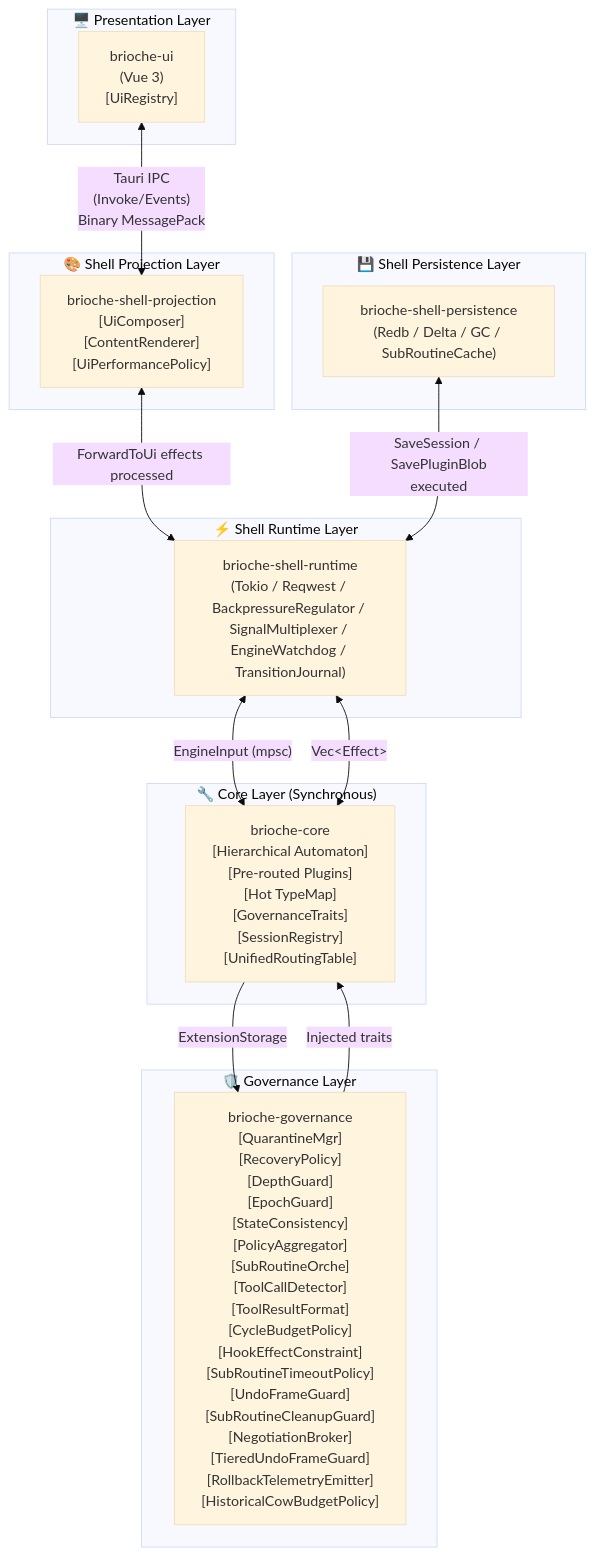
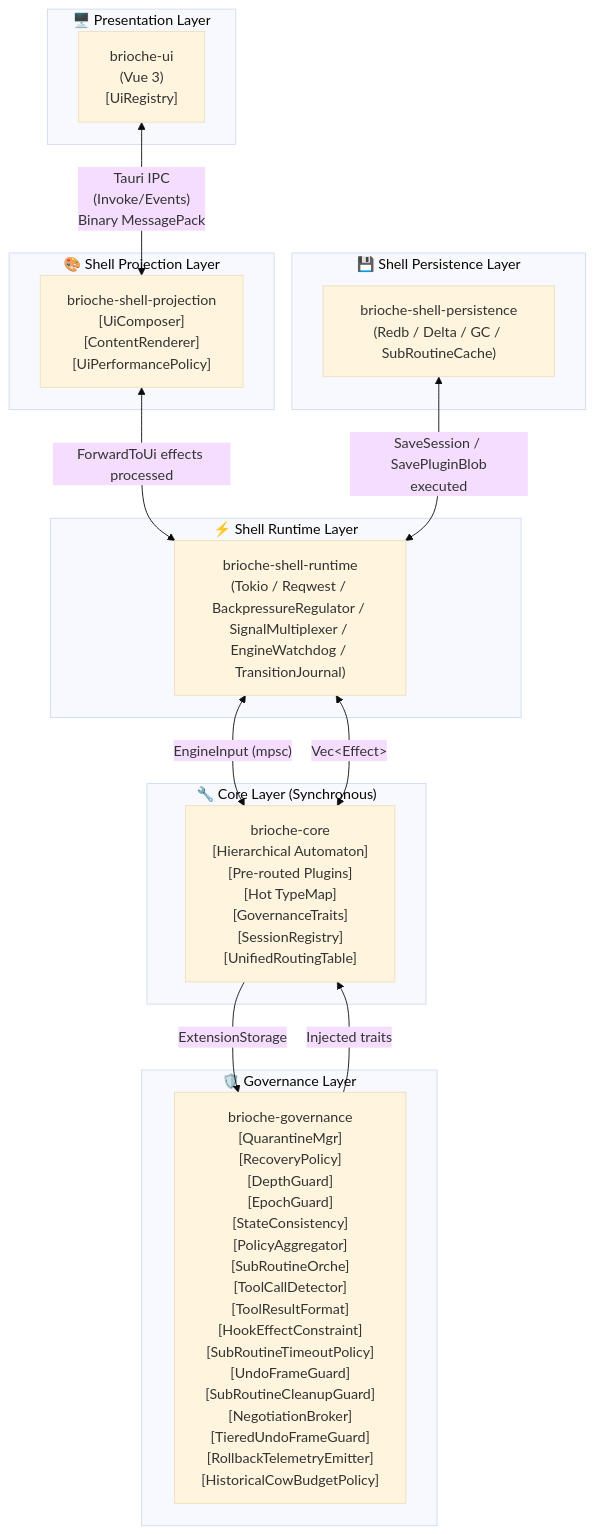
Before and after one commit to brio-labs/brioche: the first of 3 diagrams in SPECS.md, drawn with Mermaid (base theme). The commit also changed other lines of this file and 15 other files, not shown here.

First line of the commit message:
feat(governance): implement Sprint 7 — COW rollback + optional traits (#12)

````diff
--- a/SPECS.md
+++ b/SPECS.md
@@ -180,34 +179,34 @@
 ```mermaid
 flowchart TB
     subgraph UI["🖥️ Presentation Layer"]
         UI_APP["brioche-ui<br/>(Vue 3)<br/>[UiRegistry]"]
     end
 
     subgraph SHELL_PROJ["🎨 Shell Projection Layer"]
         SHELL_PROJ_APP["brioche-shell-projection<br/>[UiComposer]<br/>[ContentRenderer]<br/>[UiPerformancePolicy]"]
     end
 
     subgraph SHELL_PERS["💾 Shell Persistence Layer"]
         SHELL_PERS_APP["brioche-shell-persistence<br/>(Redb / Delta / GC / SubRoutineCache)"]
     end
 
     subgraph SHELL_RT["⚡ Shell Runtime Layer"]
         SHELL_RT_APP["brioche-shell-runtime<br/>(Tokio / Reqwest / BackpressureRegulator / SignalMultiplexer / EngineWatchdog / TransitionJournal)"]
     end
 
     subgraph CORE["🔧 Core Layer (Synchronous)"]
         CORE_APP["brioche-core<br/>[Hierarchical Automaton]<br/>[Pre-routed Plugins]<br/>[Hot TypeMap]<br/>[GovernanceTraits]<br/>[SessionRegistry]<br/>[UnifiedRoutingTable]"]
     end
 
     subgraph GOV["🛡️ Governance Layer"]
-        GOV_APP["brioche-governance<br/>[QuarantineMgr]<br/>[RecoveryPolicy]<br/>[DepthGuard]<br/>[EpochGuard]<br/>[StateConsistency]<br/>[PolicyAggregator]<br/>[SubRoutineOrche]<br/>[ToolCallDetector]<br/>[ToolResultFormat]<br/>[CycleBudgetPolicy]<br/>[HookEffectConstraint]<br/>[SubRoutineTimeoutPolicy]<br/>[UndoFrameGuard]<br/>[SubRoutineCleanupGuard]<br/>[NegotiationBroker]<br/>[TieredUndoFrameGuard]<br/>[RollbackTelemetryEmitter]<br/>[HistoricalCowBudgetPolicy]"]
+        GOV_APP["brioche-governance<br/>[QuarantineMgr]<br/>[RecoveryPolicy]<br/>[DepthGuard]<br/>[EpochGuard]<br/>[StateConsistency]<br/>[PolicyAggregator]<br/>[SubRoutineOrche]<br/>[ToolCallDetector]<br/>[ToolResultFormat]<br/>[HookEffectConstraint]<br/>[SubRoutineTimeoutPolicy]<br/>[UndoFrameGuard]<br/>[SubRoutineCleanupGuard]<br/>[NegotiationBroker]<br/>[TieredUndoFrameGuard]<br/>[RollbackTelemetryEmitter]<br/>[HistoricalCowBudgetPolicy]"]
     end
 
     UI_APP <-->|"Tauri IPC<br/>(Invoke/Events)<br/>Binary MessagePack"| SHELL_PROJ_APP
     SHELL_PROJ_APP <-->|"ForwardToUi effects processed"| SHELL_RT_APP
     SHELL_RT_APP <-->|"EngineInput (mpsc)"| CORE_APP
     SHELL_RT_APP <-->|"Vec&lt;Effect&gt;"| CORE_APP
     SHELL_PERS_APP <-->|"SaveSession / SavePluginBlob<br/>executed"| SHELL_RT_APP
     GOV_APP -->|"Injected traits"| CORE_APP
     CORE_APP -->|"ExtensionStorage"| GOV_APP
 ```
````
